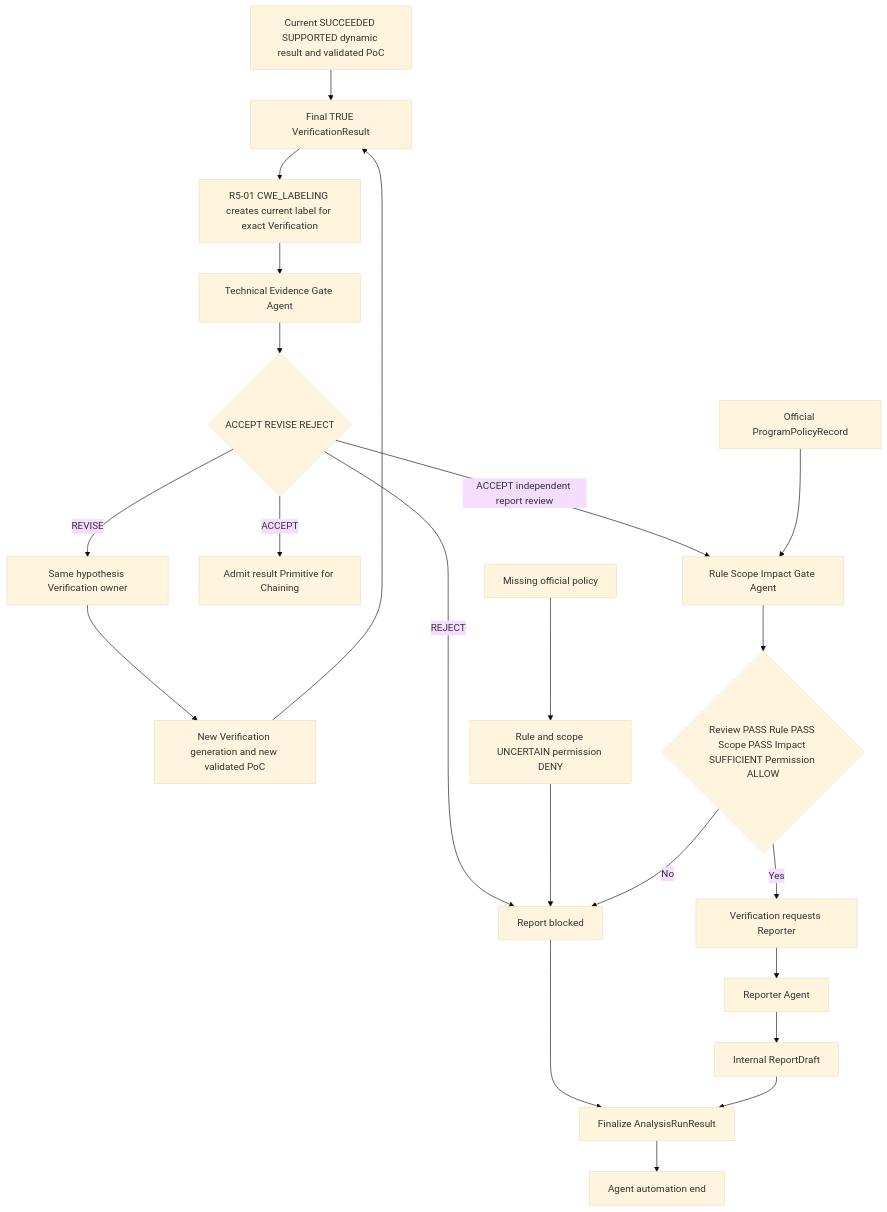
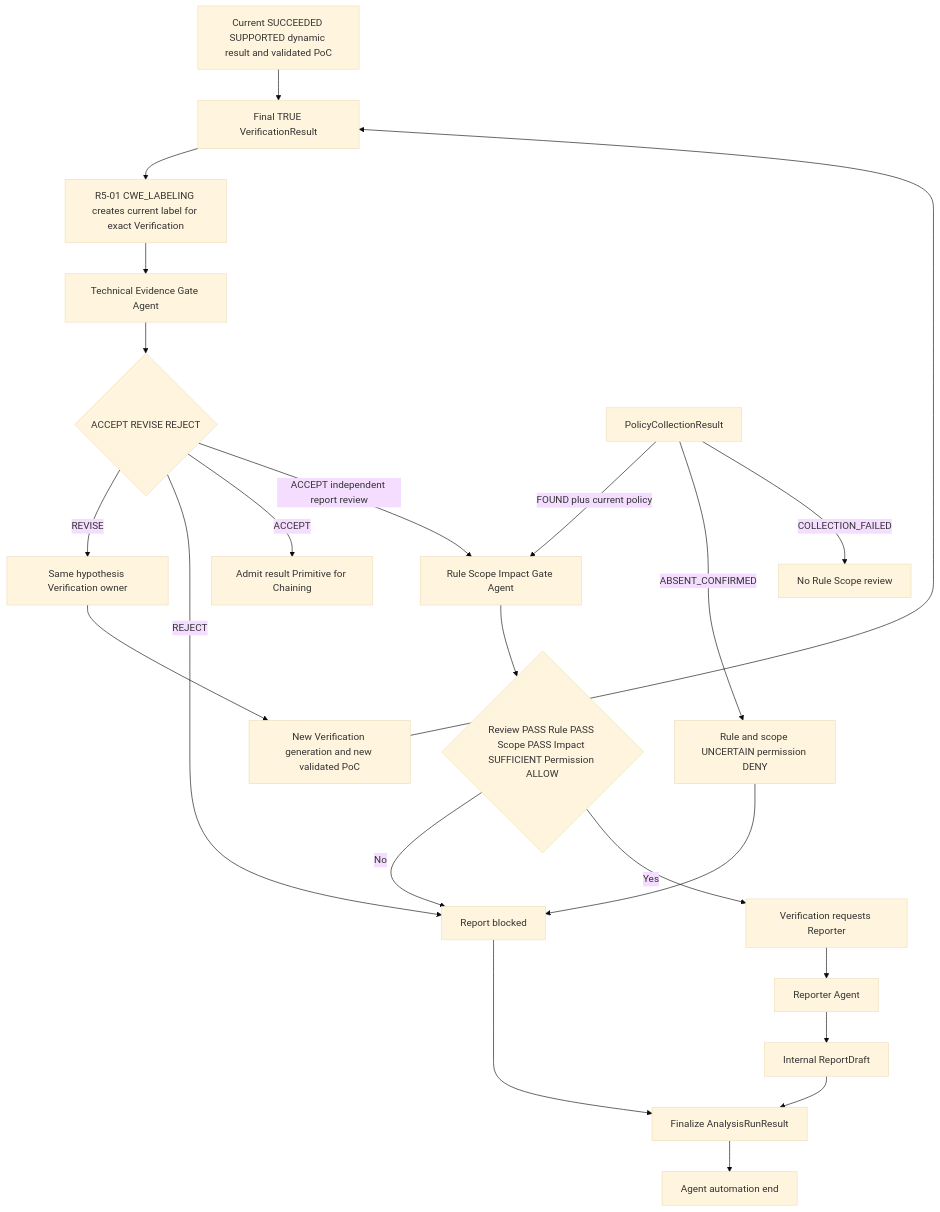
The sixth of 13 diagrams in docs/architecture-v5/13-architecture-diagrams.md (SASTsimi/sastsimi), drawn with Mermaid (base theme) before and after one commit. The commit also changed 11 other files, not shown here.

Commit message:
docs: define policy collection and gate evidence contracts

````diff
--- a/docs/architecture-v5/13-architecture-diagrams.md
+++ b/docs/architecture-v5/13-architecture-diagrams.md
@@ -244,24 +244,25 @@
 ```mermaid
 flowchart TB
     DYN[Current SUCCEEDED SUPPORTED dynamic result and validated PoC] --> VR[Final TRUE VerificationResult]
     VR --> CWE[R5-01 CWE_LABELING creates current label for exact Verification]
     CWE --> TECH[Technical Evidence Gate Agent]
     TECH --> TS{ACCEPT REVISE REJECT}
     TS -->|REVISE| BACK[Same hypothesis Verification owner]
     BACK --> NEWGEN[New Verification generation and new validated PoC]
     NEWGEN --> VR
     TS -->|REJECT| BLOCK[Report blocked]
     TS -->|ACCEPT| PRIMITIVE[Admit result Primitive for Chaining]
     TS -->|ACCEPT independent report review| RULE[Rule Scope Impact Gate Agent]
-    POLICY[Official ProgramPolicyRecord] --> RULE
-    NOPOL[Missing official policy] --> UNCERTAIN[Rule and scope UNCERTAIN permission DENY]
+    COLLECT[PolicyCollectionResult] -->|FOUND plus current policy| RULE
+    COLLECT -->|ABSENT_CONFIRMED| UNCERTAIN[Rule and scope UNCERTAIN permission DENY]
+    COLLECT -->|COLLECTION_FAILED| NOGATE[No Rule Scope review]
     UNCERTAIN --> BLOCK
     RULE --> READY{Review PASS Rule PASS Scope PASS Impact SUFFICIENT Permission ALLOW}
     READY -->|No| BLOCK
     READY -->|Yes| RREQ[Verification requests Reporter]
     RREQ --> REPORTER[Reporter Agent]
     REPORTER --> DRAFT[Internal ReportDraft]
     BLOCK --> FINAL[Finalize AnalysisRunResult]
     DRAFT --> FINAL
     FINAL --> END[Agent automation end]
 ```
````
